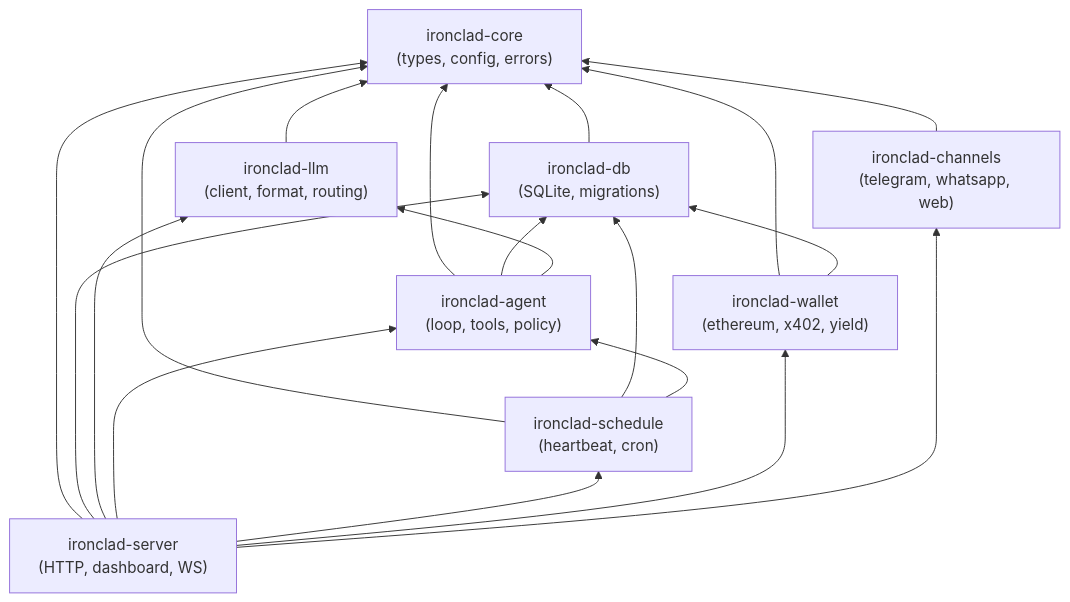
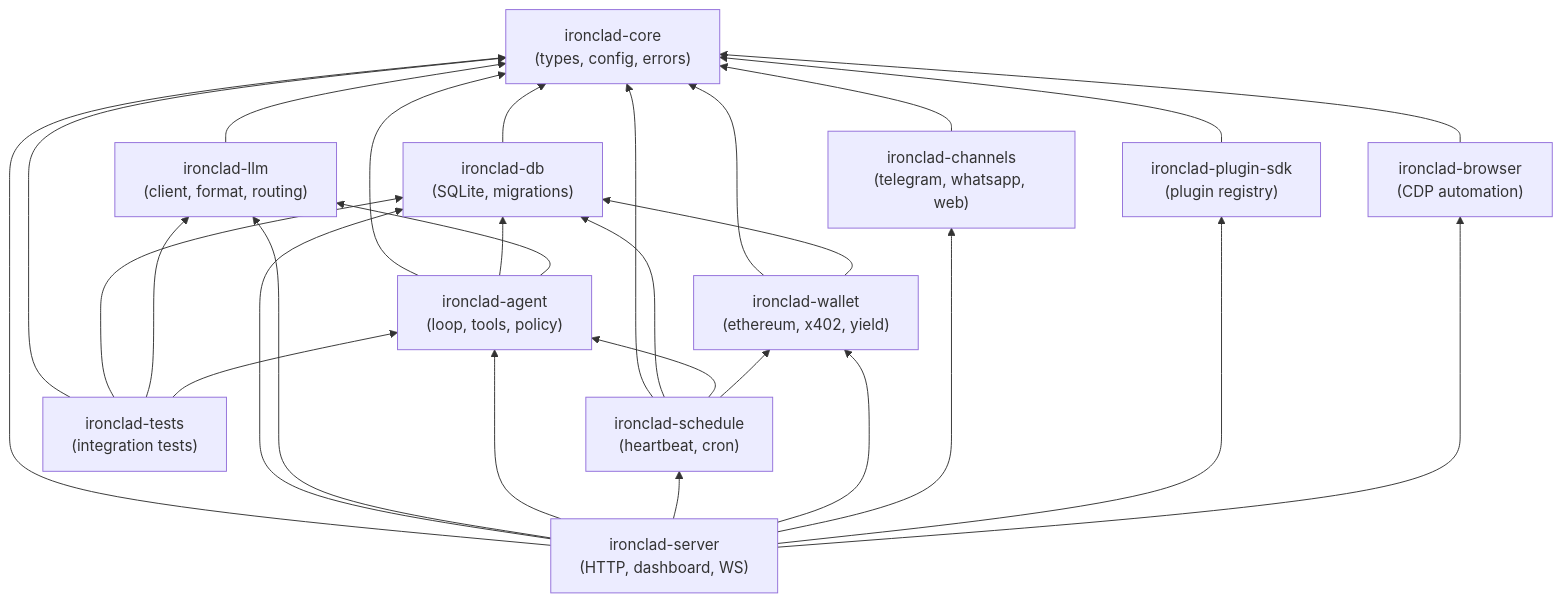
The diagram in docs/architecture/ironclad-design.md (robot-accomplice/ironclad), drawn with Mermaid before and after one commit. The commit also changed other lines of this file and 153 other files, not shown here.

````diff
--- a/docs/architecture/ironclad-design.md
+++ b/docs/architecture/ironclad-design.md
@@ -108,19 +139,25 @@
 ```mermaid
 flowchart BT
     CORE["ironclad-core<br/>(types, config, errors)"]
     DB["ironclad-db<br/>(SQLite, migrations)"]
     LLM["ironclad-llm<br/>(client, format, routing)"]
     AGENT["ironclad-agent<br/>(loop, tools, policy)"]
     SCHED["ironclad-schedule<br/>(heartbeat, cron)"]
     WALLET["ironclad-wallet<br/>(ethereum, x402, yield)"]
     CHANNELS["ironclad-channels<br/>(telegram, whatsapp, web)"]
+    PLUGIN_SDK["ironclad-plugin-sdk<br/>(plugin registry)"]
+    BROWSER["ironclad-browser<br/>(CDP automation)"]
     SERVER["ironclad-server<br/>(HTTP, dashboard, WS)"]
+    TESTS["ironclad-tests<br/>(integration tests)"]
 
     DB --> CORE
     LLM --> CORE
     AGENT --> CORE & DB & LLM
-    SCHED --> CORE & DB & AGENT
+    SCHED --> CORE & DB & AGENT & WALLET
     WALLET --> CORE & DB
     CHANNELS --> CORE
-    SERVER --> CORE & DB & LLM & AGENT & SCHED & WALLET & CHANNELS
+    PLUGIN_SDK --> CORE
+    BROWSER --> CORE
+    SERVER --> CORE & DB & LLM & AGENT & SCHED & WALLET & CHANNELS & PLUGIN_SDK & BROWSER
+    TESTS --> CORE & DB & LLM & AGENT
 ```
````
